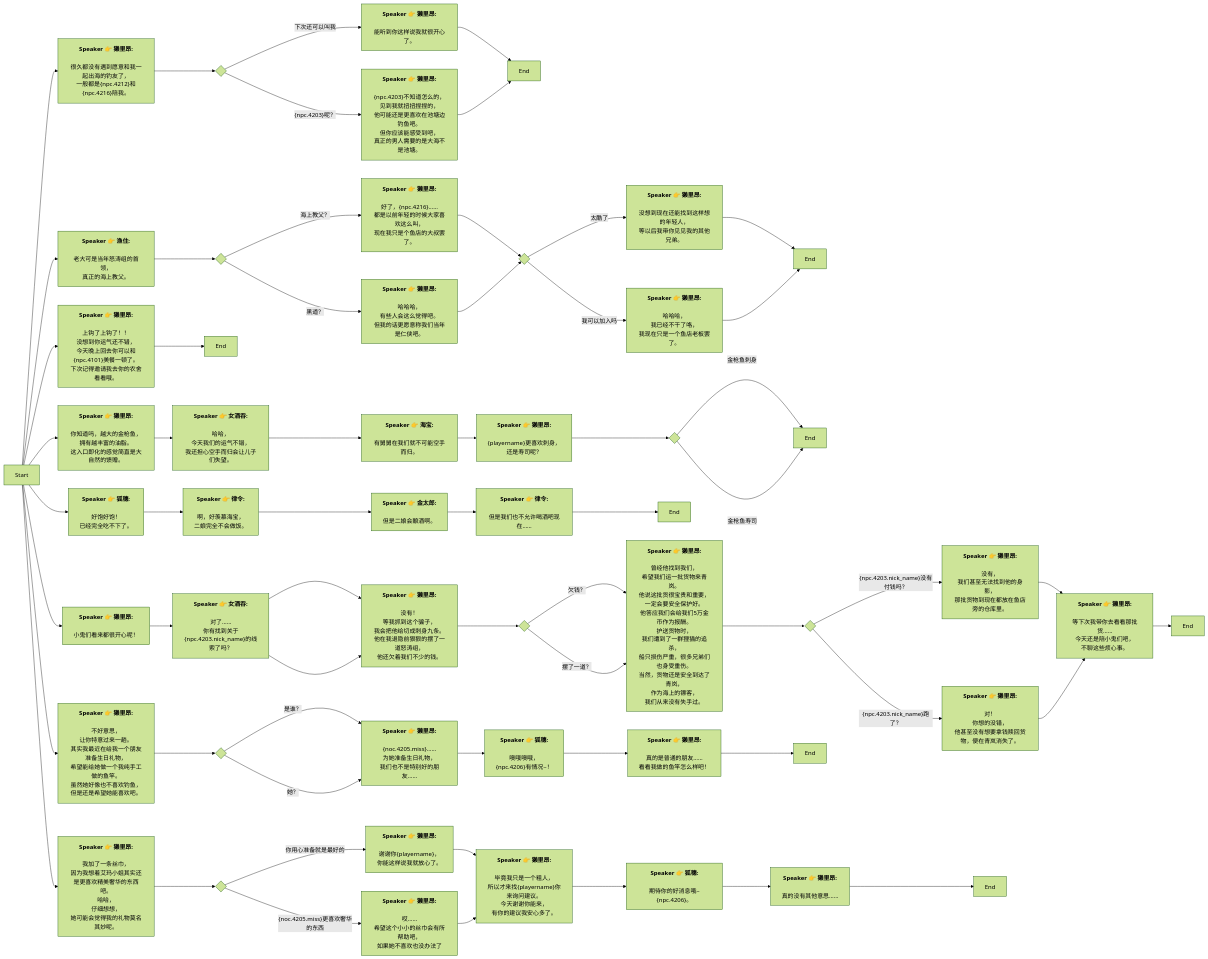
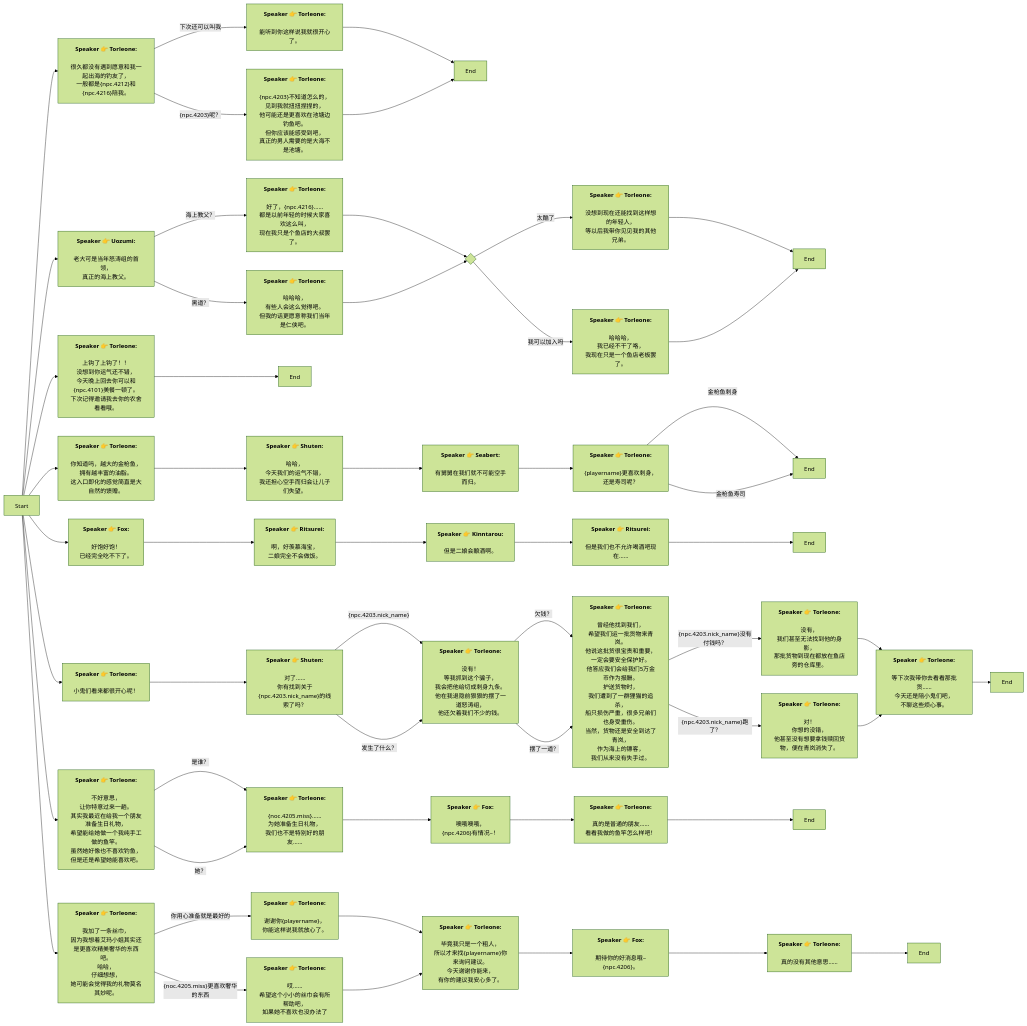
The diagram in Zh/heart_4_2_6.md (SoftHu/tos_avg), drawn with Mermaid (forest theme) before and after one commit. The commit also changed 737 other files, not shown here.

````diff
--- a/Zh/heart_4_2_6.md
+++ b/Zh/heart_4_2_6.md
@@ -1,225 +1,162 @@
 ```mermaid
 graph LR
-Start -->1756241844907531[<b>Speaker 👉 獭里昂:</b>
-
-很久都没有遇到愿意和我一起出海的钓友了，
+Start -->1756241844907531[<b>Speaker 👉 Torleone:</b>
+\n很久都没有遇到愿意和我一起出海的钓友了，
 一般都是&lbrace;npc.4212&rbrace;和&lbrace;npc.4216&rbrace;陪我。]
-1756241844907531 -->1756241863062028{ }
-1756241863062028 -->|下次还可以叫我|1756242055346705[<b>Speaker 👉 獭里昂:</b>
-
-能听到你这样说我就很开心了。]
-1756241863062028 -->|&lbrace;npc.4203&rbrace;呢？|1756242060035602[<b>Speaker 👉 獭里昂:</b>
-
-&lbrace;npc.4203&rbrace;不知道怎么的，
+1756241844907531 -->|下次还可以叫我|1756242055346705[<b>Speaker 👉 Torleone:</b>
+\n能听到你这样说我就很开心了。]
+1756241844907531 -->|&lbrace;npc.4203&rbrace;呢？|1756242060035602[<b>Speaker 👉 Torleone:</b>
+\n&lbrace;npc.4203&rbrace;不知道怎么的，
 见到我就扭扭捏捏的，
-他可能还是更喜欢在池塘边钓鱼吧。
-但你应该能感受到吧，
+他可能还是更喜欢在池塘边钓鱼吧。\n但你应该能感受到吧，
 真正的男人需要的是大海不是池塘。]
 1756242055346705 -->1756242135297555[End]
 1756242060035602 -->1756242135297555[End]
-Start -->1756242205476373[<b>Speaker 👉 渔住:</b>
-
-老大可是当年怒涛组的首领，
+Start -->1756242205476373[<b>Speaker 👉 Uozumi:</b>
+\n老大可是当年怒涛组的首领，
 真正的海上教父。]
-1756242205476373 -->1756242364686874{ }
-1756242364686874 -->|海上教父？|1756242494737952[<b>Speaker 👉 獭里昂:</b>
-
-好了，&lbrace;npc.4216&rbrace;……
+1756242205476373 -->|海上教父？|1756242494737952[<b>Speaker 👉 Torleone:</b>
+\n好了，&lbrace;npc.4216&rbrace;……
 都是以前年轻的时候大家喜欢这么叫，
 现在我只是个鱼店的大叔罢了。]
-1756242364686874 -->|黑道？|1756242572664354[<b>Speaker 👉 獭里昂:</b>
-
-哈哈哈，
+1756242205476373 -->|黑道？|1756242572664354[<b>Speaker 👉 Torleone:</b>
+\n哈哈哈，
 有些人会这么觉得吧。
 但我的话更愿意称我们当年是仁侠吧。]
-1756242494737952 -->1756242607330851{ }
-1756242607330851 -->|太酷了|1756242629922344[<b>Speaker 👉 獭里昂:</b>
-
-没想到现在还能找到这样想的年轻人，
-等以后我带你见见我的其他兄弟。]
-1756242607330851 -->|我可以加入吗|1756242654160426[<b>Speaker 👉 獭里昂:</b>
-
-哈哈哈，
-我已经不干了咯，
-我现在只是一个鱼店老板罢了。]
+1756242494737952 -->439060623684488{ }
 1756242629922344 -->1756242761232942[End]
 1756242654160426 -->1756242761232942[End]
-1756242572664354 -->1756242607330851{ }
-Start -->1756242791394864[<b>Speaker 👉 獭里昂:</b>
-
-上钩了上钩了！！
+1756242572664354 -->439060623684488{ }
+Start -->1756242791394864[<b>Speaker 👉 Torleone:</b>
+\n上钩了上钩了！！
 没想到你运气还不错，
-今天晚上回去你可以和&lbrace;npc.4101&rbrace;美餐一顿了。
-下次记得邀请我去你的农舍看看哦。]
+今天晚上回去你可以和&lbrace;npc.4101&rbrace;美餐一顿了。\n下次记得邀请我去你的农舍看看哦。]
 1756242791394864 -->1756243279520306[End]
-Start -->1756243312888372[<b>Speaker 👉 獭里昂:</b>
-
-你知道吗，越大的金枪鱼，
+Start -->1756243312888372[<b>Speaker 👉 Torleone:</b>
+\n你知道吗，越大的金枪鱼，
 拥有越丰富的油脂。
 这入口即化的感觉简直是大自然的馈赠。]
-1756243312888372 -->1756243528953404[<b>Speaker 👉 女酒吞:</b>
-
-哈哈，
+1756243312888372 -->1756243528953404[<b>Speaker 👉 Shuten:</b>
+\n哈哈，
 今天我们的运气不错，
 我还担心空手而归会让儿子们失望。]
-1756243528953404 -->1756243408125499[<b>Speaker 👉 海宝:</b>
-
-有舅舅在我们就不可能空手而归。]
-1756243408125499 -->1756243562478141[<b>Speaker 👉 獭里昂:</b>
-
-&lbrace;playername&rbrace;更喜欢刺身，
+1756243528953404 -->1756243408125499[<b>Speaker 👉 Seabert:</b>
+\n有舅舅在我们就不可能空手而归。]
+1756243408125499 -->1756243562478141[<b>Speaker 👉 Torleone:</b>
+\n&lbrace;playername&rbrace;更喜欢刺身，
 还是寿司呢？]
-1756243562478141 -->1756243576689214{ }
-1756243576689214 -->|金枪鱼刺身|1756243611384387[End]
-1756243576689214 -->|金枪鱼寿司|1756243611384387[End]
-Start -->1756243808518725[<b>Speaker 👉 狐穗:</b>
-
-好饱好饱！
+1756243562478141 -->|金枪鱼刺身|1756243611384387[End]
+1756243562478141 -->|金枪鱼寿司|1756243611384387[End]
+Start -->1756243808518725[<b>Speaker 👉 Fox:</b>
+\n好饱好饱！
 已经完全吃不下了。]
-1756243808518725 -->1756243872197198[<b>Speaker 👉 律令:</b>
-
-啊，好羡慕海宝，
+1756243808518725 -->1756243872197198[<b>Speaker 👉 Ritsurei:</b>
+\n啊，好羡慕海宝，
 二娘完全不会做饭。]
-1756243872197198 -->1756243921078879[<b>Speaker 👉 金太郎:</b>
-
-但是二娘会酿酒啊。]
-1756243921078879 -->1756243934704224[<b>Speaker 👉 律令:</b>
-
-但是我们也不允许喝酒吧现在……]
+1756243872197198 -->1756243921078879[<b>Speaker 👉 Kinntarou:</b>
+\n但是二娘会酿酒啊。]
+1756243921078879 -->1756243934704224[<b>Speaker 👉 Ritsurei:</b>
+\n但是我们也不允许喝酒吧现在……]
 1756243934704224 -->1756243972037217[End]
-Start -->1756244121046627[<b>Speaker 👉 獭里昂:</b>
-
-小鬼们看来都很开心呢！]
-1756244121046627 -->1756244135153252[<b>Speaker 👉 女酒吞:</b>
-
-对了……
+Start -->1756244121046627[<b>Speaker 👉 Torleone:</b>
+\n小鬼们看来都很开心呢！]
+1756244121046627 -->1756244135153252[<b>Speaker 👉 Shuten:</b>
+\n对了……
 你有找到关于&lbrace;npc.4203.nick_name&rbrace;的线索了吗？]
-1756244135153252 -->1756244695127658[<b>Speaker 👉 獭里昂:</b>
-
-没有！
+1756244135153252 -->|&lbrace;npc.4203.nick_name&rbrace;|1756244695127658[<b>Speaker 👉 Torleone:</b>
+\n没有！
 等我抓到这个骗子，
-我会把他给切成刺身九条。
-他在我退隐前狠狠的摆了一道怒涛组，
+我会把他给切成刺身九条。\n他在我退隐前狠狠的摆了一道怒涛组，
 他还欠着我们不少的钱。]
-1756244135153252 -->1756244695127658[<b>Speaker 👉 獭里昂:</b>
-
-没有！
+1756244135153252 -->|发生了什么？|1756244695127658[<b>Speaker 👉 Torleone:</b>
+\n没有！
 等我抓到这个骗子，
-我会把他给切成刺身九条。
-他在我退隐前狠狠的摆了一道怒涛组，
+我会把他给切成刺身九条。\n他在我退隐前狠狠的摆了一道怒涛组，
 他还欠着我们不少的钱。]
-1756244695127658 -->1756244734219887{ }
-1756244734219887 -->|欠钱？|1756244773002864[<b>Speaker 👉 獭里昂:</b>
-
-曾经他找到我们，
-希望我们运一批货物来青岚。
-他说这批货很宝贵和重要，
-一定会要安全保护好。
-他答应我们会给我们5万金币作为报酬。
-护送货物时，
+1756244695127658 -->|欠钱？|1756244773002864[<b>Speaker 👉 Torleone:</b>
+\n曾经他找到我们，
+希望我们运一批货物来青岚。\n他说这批货很宝贵和重要，
+一定会要安全保护好。\n他答应我们会给我们5万金币作为报酬。\n护送货物时，
 我们遭到了一群狸猫的追杀，
-船只损伤严重，很多兄弟们也身受重伤。
-当然，货物还是安全到达了青岚，
+船只损伤严重，很多兄弟们也身受重伤。\n当然，货物还是安全到达了青岚，
 作为海上的镖客，
 我们从来没有失手过。]
-1756244734219887 -->| 摆了一道？|1756244773002864[<b>Speaker 👉 獭里昂:</b>
-
-曾经他找到我们，
-希望我们运一批货物来青岚。
-他说这批货很宝贵和重要，
-一定会要安全保护好。
-他答应我们会给我们5万金币作为报酬。
-护送货物时，
+1756244695127658 -->| 摆了一道？|1756244773002864[<b>Speaker 👉 Torleone:</b>
+\n曾经他找到我们，
+希望我们运一批货物来青岚。\n他说这批货很宝贵和重要，
+一定会要安全保护好。\n他答应我们会给我们5万金币作为报酬。\n护送货物时，
 我们遭到了一群狸猫的追杀，
-船只损伤严重，很多兄弟们也身受重伤。
-当然，货物还是安全到达了青岚，
+船只损伤严重，很多兄弟们也身受重伤。\n当然，货物还是安全到达了青岚，
 作为海上的镖客，
 我们从来没有失手过。]
-1756244773002864 -->1756244990950038{ }
-1756244990950038 -->|&lbrace;npc.4203.nick_name&rbrace;没有付钱吗？|1756245235600027[<b>Speaker 👉 獭里昂:</b>
-
-没有，
+1756244773002864 -->|&lbrace;npc.4203.nick_name&rbrace;没有付钱吗？|1756245235600027[<b>Speaker 👉 Torleone:</b>
+\n没有，
 我们甚至无法找到他的身影，
 那批货物到现在都放在鱼店旁的仓库里。]
-1756244990950038 -->|&lbrace;npc.4203.nick_name&rbrace;跑了？|1756245240826524[<b>Speaker 👉 獭里昂:</b>
-
-对！
+1756244773002864 -->|&lbrace;npc.4203.nick_name&rbrace;跑了？|1756245240826524[<b>Speaker 👉 Torleone:</b>
+\n对！
 你想的没错，
 他甚至没有想要拿钱赎回货物，便在青岚消失了。]
-1756245235600027 -->1756245267263133[<b>Speaker 👉 獭里昂:</b>
-
-等下次我带你去看看那批货……
+1756245235600027 -->1756245267263133[<b>Speaker 👉 Torleone:</b>
+\n等下次我带你去看看那批货……
 今天还是陪小鬼们吧，
 不聊这些烦心事。]
 1756245267263133 -->1756244980509333[End]
-1756245240826524 -->1756245267263133[<b>Speaker 👉 獭里昂:</b>
-
-等下次我带你去看看那批货……
+1756245240826524 -->1756245267263133[<b>Speaker 👉 Torleone:</b>
+\n等下次我带你去看看那批货……
 今天还是陪小鬼们吧，
 不聊这些烦心事。]
-Start -->1756245653687967[<b>Speaker 👉 獭里昂:</b>
-
-不好意思，
-让你特意过来一趟。
-其实我最近在给我一个朋友准备生日礼物，
-希望能给她做一个我纯手工做的鱼竿。
-虽然她好像也不喜欢钓鱼，
+Start -->1756245653687967[<b>Speaker 👉 Torleone:</b>
+\n不好意思，
+让你特意过来一趟。\n其实我最近在给我一个朋友准备生日礼物，
+希望能给她做一个我纯手工做的鱼竿。\n虽然她好像也不喜欢钓鱼，
 但是还是希望她能喜欢吧。]
-1756245653687967 -->1756245730988704{ }
-1756245730988704 -->|是谁？|1756245816989349[<b>Speaker 👉 獭里昂:</b>
-
-&lbrace;noc.4205.miss&rbrace;……
+1756245653687967 -->|是谁？|1756245816989349[<b>Speaker 👉 Torleone:</b>
+\n&lbrace;noc.4205.miss&rbrace;……
 为她准备生日礼物，
 我们也不是特别好的朋友……]
-1756245730988704 -->|她？|1756245816989349[<b>Speaker 👉 獭里昂:</b>
-
-&lbrace;noc.4205.miss&rbrace;……
+1756245653687967 -->|她？|1756245816989349[<b>Speaker 👉 Torleone:</b>
+\n&lbrace;noc.4205.miss&rbrace;……
 为她准备生日礼物，
 我们也不是特别好的朋友……]
-1756245816989349 -->1756245873979046[<b>Speaker 👉 狐穗:</b>
-
-噢哦噢哦，
+1756245816989349 -->1756245873979046[<b>Speaker 👉 Fox:</b>
+\n噢哦噢哦，
 &lbrace;npc.4206&rbrace;有情况~！]
-1756245873979046 -->1756245969531559[<b>Speaker 👉 獭里昂:</b>
-
-真的是普通的朋友……
+1756245873979046 -->1756245969531559[<b>Speaker 👉 Torleone:</b>
+\n真的是普通的朋友……
 看看我做的鱼竿怎么样吧！]
 1756245969531559 -->1756245983967912[End]
-Start -->1756246001855146[<b>Speaker 👉 獭里昂:</b>
-
-我加了一条丝巾，
-因为我想着艾玛小姐其实还是更喜欢精美奢华的东西吧。
-哈哈，
+Start -->1756246001855146[<b>Speaker 👉 Torleone:</b>
+\n我加了一条丝巾，
+因为我想着艾玛小姐其实还是更喜欢精美奢华的东西吧。\n哈哈，
 仔细想想，
 她可能会觉得我的礼物莫名其妙呢。]
-1756246001855146 -->1756246158552747{ }
-1756246158552747 -->|你用心准备就是最好的|1756246189003440[<b>Speaker 👉 獭里昂:</b>
-
-谢谢你&lbrace;playername&rbrace;，
+1756246001855146 -->|你用心准备就是最好的|1756246189003440[<b>Speaker 👉 Torleone:</b>
+\n谢谢你&lbrace;playername&rbrace;，
 你能这样说我就放心了。]
-1756246158552747 -->|&lbrace;noc.4205.miss&rbrace;更喜欢奢华的东西|1756246210047665[<b>Speaker 👉 獭里昂:</b>
-
-哎……
+1756246001855146 -->|&lbrace;noc.4205.miss&rbrace;更喜欢奢华的东西|1756246210047665[<b>Speaker 👉 Torleone:</b>
+\n哎……
 希望这个小小的丝巾会有所帮助吧，
 如果她不喜欢也没办法了]
-1756246189003440 -->1756246281436850[<b>Speaker 👉 獭里昂:</b>
-
-毕竟我只是一个粗人，
-所以才来找&lbrace;playername&rbrace;你来询问建议。
-今天谢谢你能来，
+1756246189003440 -->1756246281436850[<b>Speaker 👉 Torleone:</b>
+\n毕竟我只是一个粗人，
+所以才来找&lbrace;playername&rbrace;你来询问建议。\n今天谢谢你能来，
 有你的建议我安心多了。]
-1756246281436850 -->1756246306937523[<b>Speaker 👉 狐穗:</b>
-
-期待你的好消息哦~&lbrace;npc.4206&rbrace;。]
-1756246306937523 -->1756246341282484[<b>Speaker 👉 獭里昂:</b>
-
-真的没有其他意思……]
+1756246281436850 -->1756246306937523[<b>Speaker 👉 Fox:</b>
+\n期待你的好消息哦~&lbrace;npc.4206&rbrace;。]
+1756246306937523 -->1756246341282484[<b>Speaker 👉 Torleone:</b>
+\n真的没有其他意思……]
 1756246341282484 -->1756246352359093[End]
-1756246210047665 -->1756246281436850[<b>Speaker 👉 獭里昂:</b>
-
-毕竟我只是一个粗人，
-所以才来找&lbrace;playername&rbrace;你来询问建议。
-今天谢谢你能来，
+439060623684488 -->|太酷了|1756242629922344[<b>Speaker 👉 Torleone:</b>
+\n没想到现在还能找到这样想的年轻人，
+等以后我带你见见我的其他兄弟。]
+439060623684488 -->|我可以加入吗|1756242654160426[<b>Speaker 👉 Torleone:</b>
+\n哈哈哈，
+我已经不干了咯，
+我现在只是一个鱼店老板罢了。]
+1756246210047665 -->1756246281436850[<b>Speaker 👉 Torleone:</b>
+\n毕竟我只是一个粗人，
+所以才来找&lbrace;playername&rbrace;你来询问建议。\n今天谢谢你能来，
 有你的建议我安心多了。]
 
- ```
+```
````
